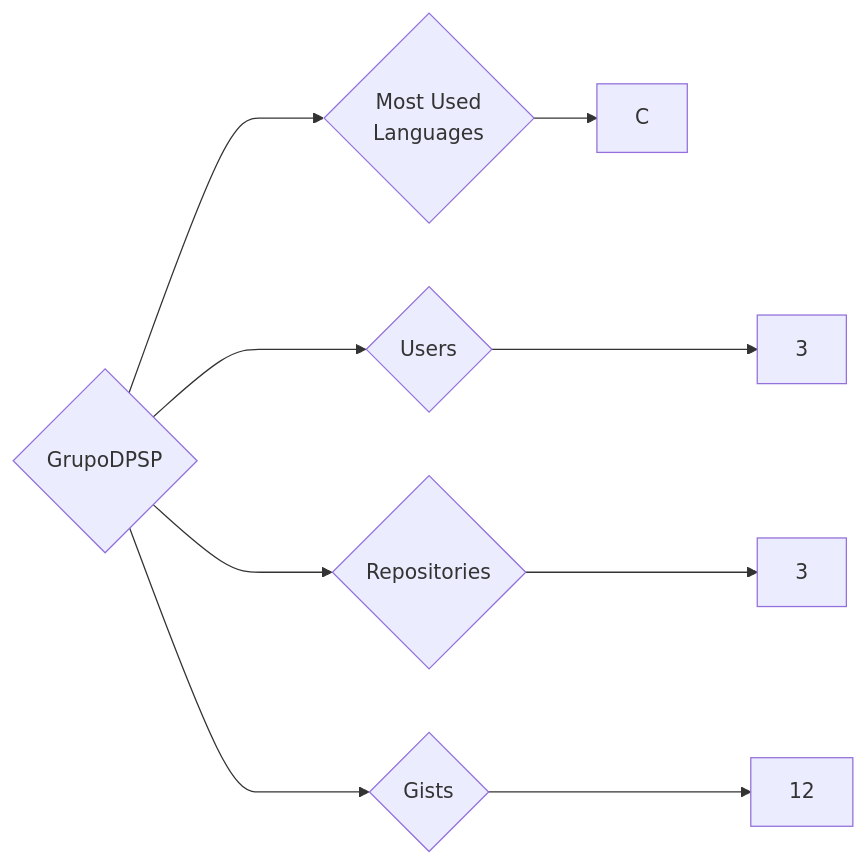
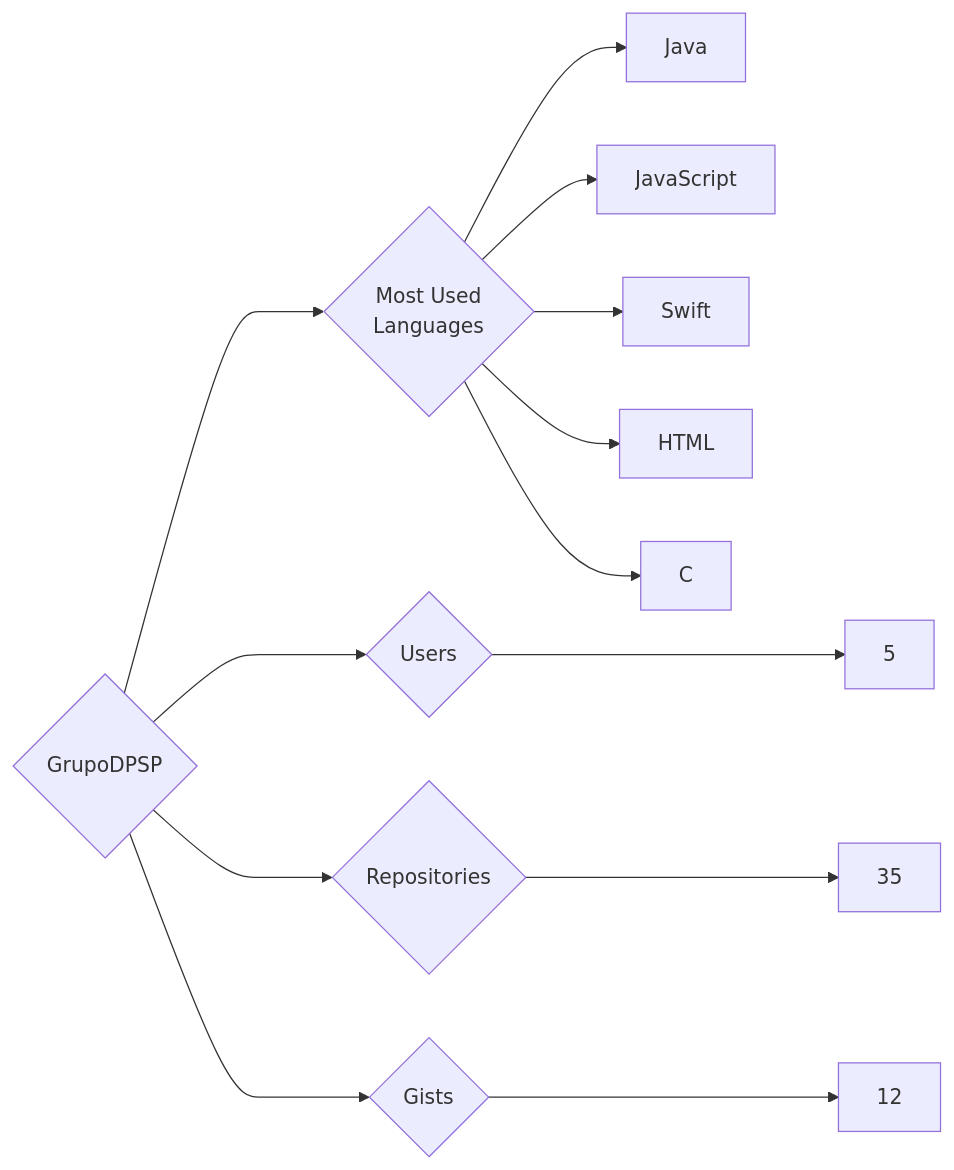
The diagram in targets/GrupoDPSP/README.md (trickest/insiders), drawn with Mermaid before and after one commit. The commit also changed 1055 other files, not shown here.

````diff
--- a/targets/GrupoDPSP/README.md
+++ b/targets/GrupoDPSP/README.md
@@ -3,9 +3,13 @@
 ```mermaid
 graph LR
 COMPANY_NAME{GrupoDPSP}
-COMPANY_NAME ---> U{Users} ---> UN[3]
-COMPANY_NAME ---> R{Repositories} ---> RN[3]
+COMPANY_NAME ---> U{Users} ---> UN[5]
+COMPANY_NAME ---> R{Repositories} ---> RN[35]
 COMPANY_NAME ---> G{Gists} ---> GN[12]
 COMPANY_NAME ---> ML{Most Used<br>Languages}
+ML --> Java[Java]
+ML --> JavaScript[JavaScript]
+ML --> Swift[Swift]
+ML --> HTML[HTML]
 ML --> C[C]
 ```
````
